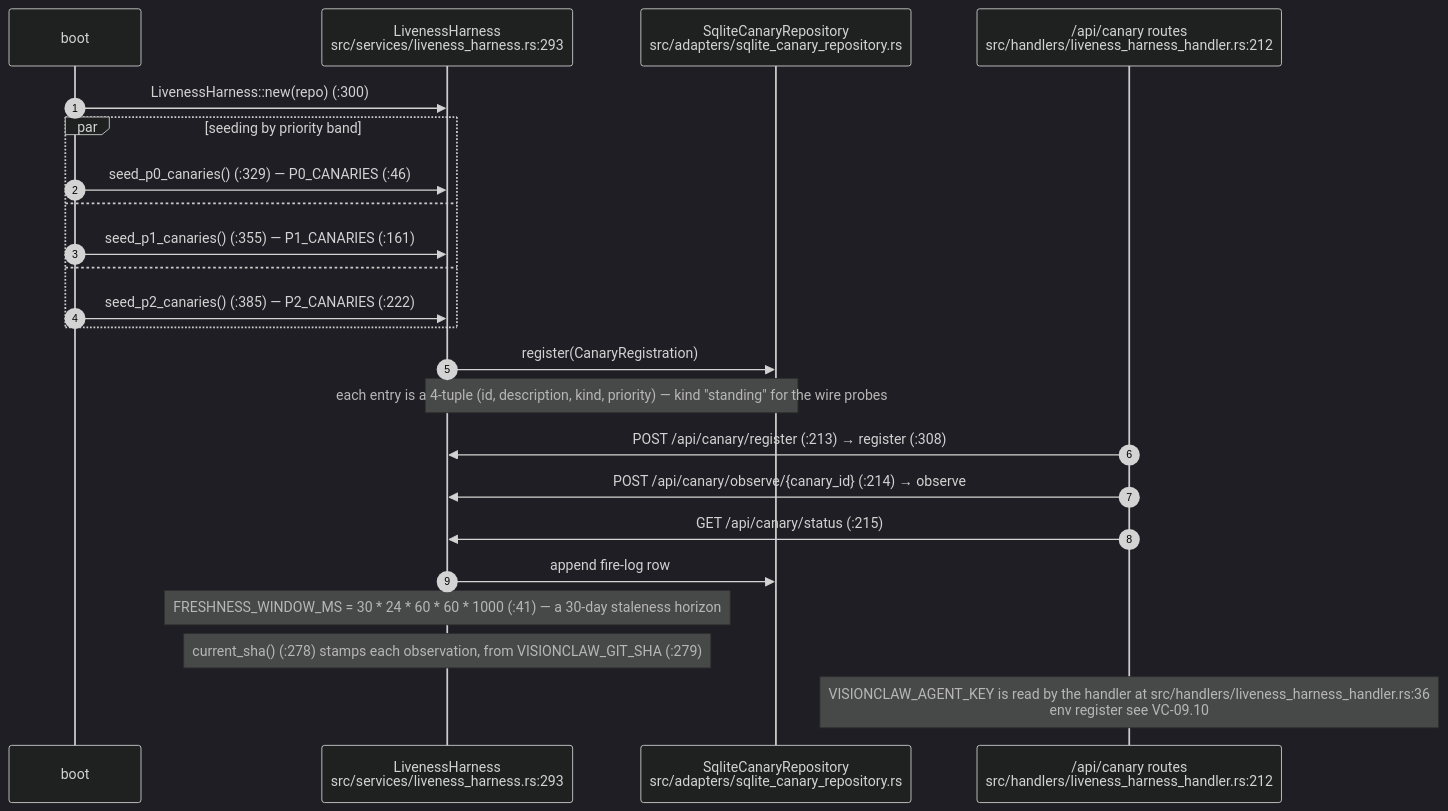
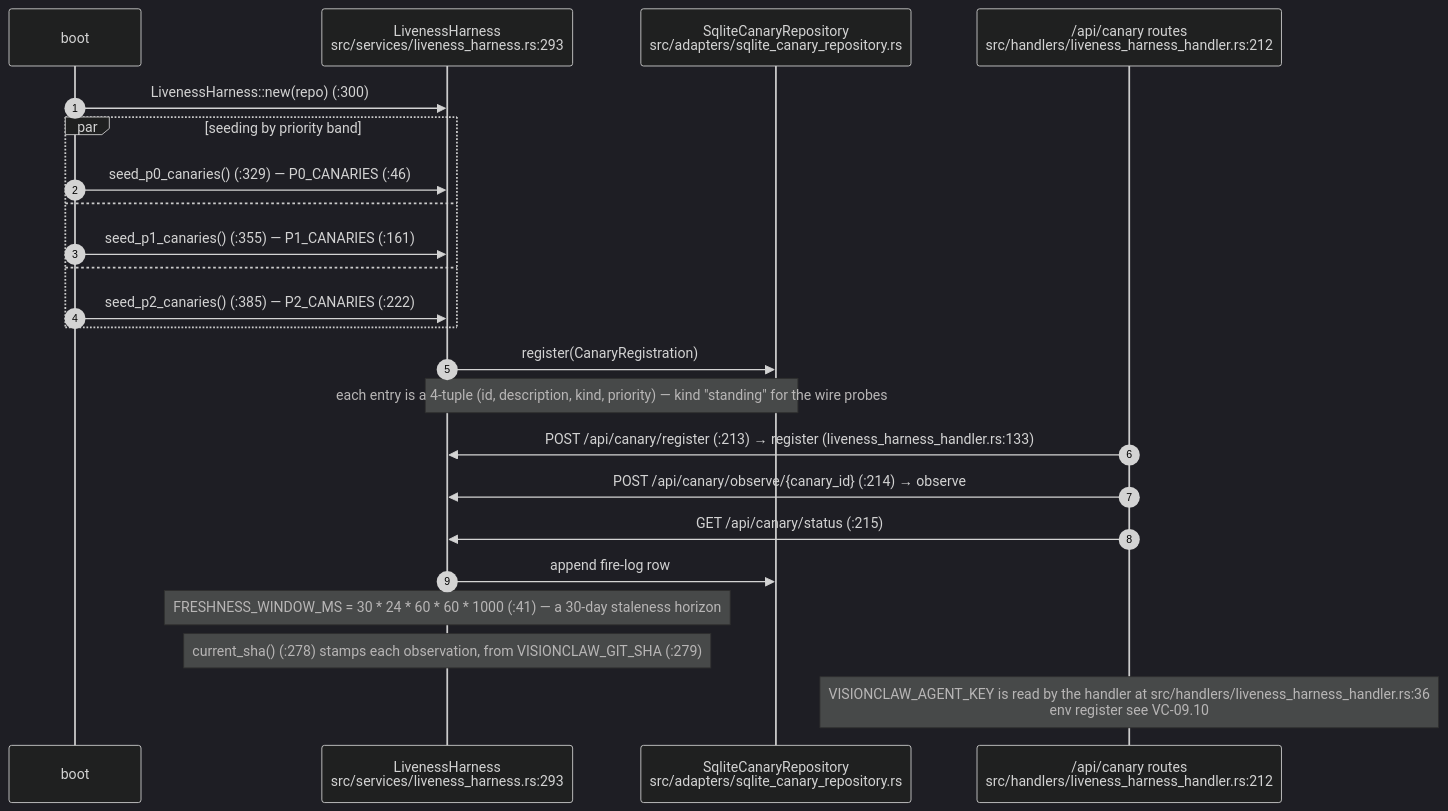
One commit to DreamLab-AI/VisionFlow changed the third of 12 diagrams in docs/diagrams/visionclaw/08-observability-health-and-dev-loop.md. Above: the diagram before and after it, drawn with Mermaid (dark theme). The commit also changed other lines of this file and 52 other files, not shown here.

First line of the commit message:
docs(diagrams): wave 3 checkpoint — bare line refs resolved, revision-pinned cite-check, VC-05/AB-01..13 re-attested

````diff
--- a/docs/diagrams/visionclaw/08-observability-health-and-dev-loop.md
+++ b/docs/diagrams/visionclaw/08-observability-health-and-dev-loop.md
@@ -104,26 +104,26 @@
 ```mermaid
 sequenceDiagram
     autonumber
     participant B as boot
     participant LH as LivenessHarness<br/>src/services/liveness_harness.rs:293
     participant DB as SqliteCanaryRepository<br/>src/adapters/sqlite_canary_repository.rs
     participant API as /api/canary routes<br/>src/handlers/liveness_harness_handler.rs:212
 
     B->>LH: LivenessHarness::new(repo) (:300)
     par seeding by priority band
         B->>LH: seed_p0_canaries() (:329) — P0_CANARIES (:46)
     and
         B->>LH: seed_p1_canaries() (:355) — P1_CANARIES (:161)
     and
         B->>LH: seed_p2_canaries() (:385) — P2_CANARIES (:222)
     end
     LH->>DB: register(CanaryRegistration)
     Note over LH,DB: each entry is a 4-tuple (id, description, kind, priority) — kind "standing" for the wire probes
-    API->>LH: POST /api/canary/register (:213) → register (:308)
+    API->>LH: POST /api/canary/register (:213) → register (liveness_harness_handler.rs:133)
     API->>LH: POST /api/canary/observe/{canary_id} (:214) → observe
     API->>LH: GET /api/canary/status (:215)
     LH->>DB: append fire-log row
     Note over LH: FRESHNESS_WINDOW_MS = 30 * 24 * 60 * 60 * 1000 (:41) — a 30-day staleness horizon
     Note over LH: current_sha() (:278) stamps each observation, from VISIONCLAW_GIT_SHA (:279)
     Note over API: VISIONCLAW_AGENT_KEY is read by the handler at src/handlers/liveness_harness_handler.rs:36<br/>env register see VC-09.10
 ```
````
